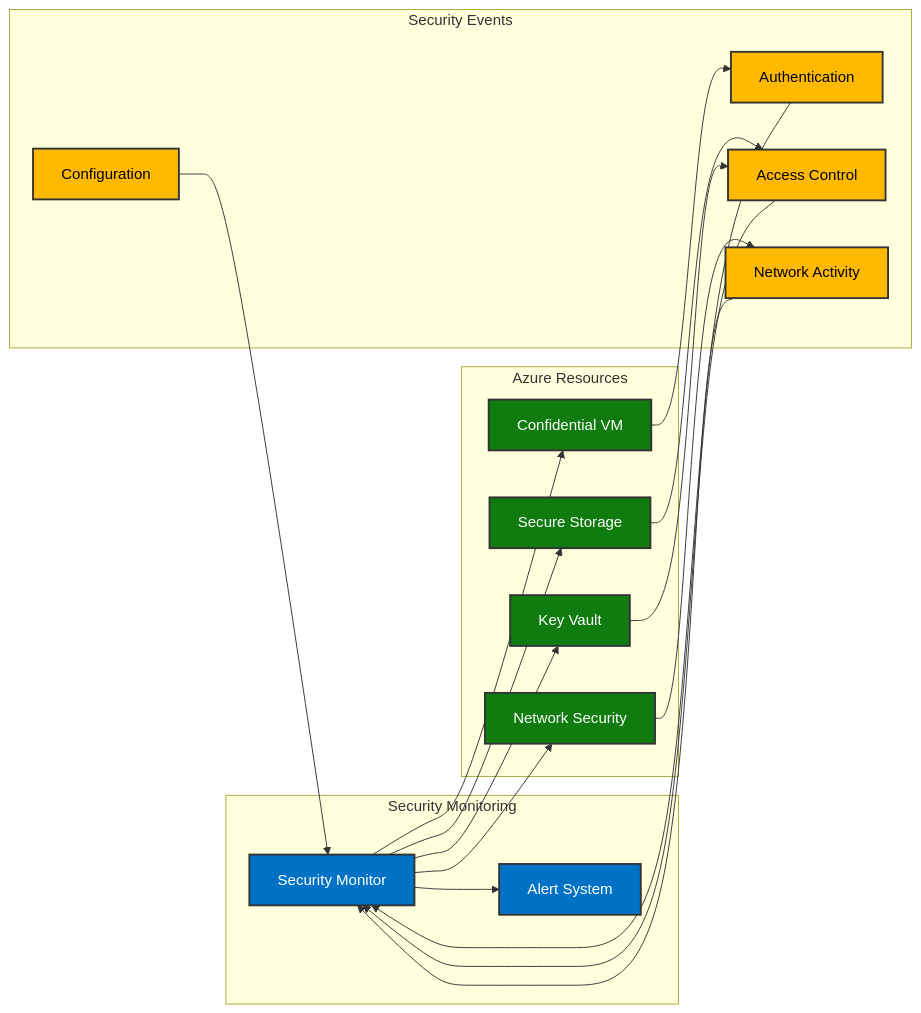
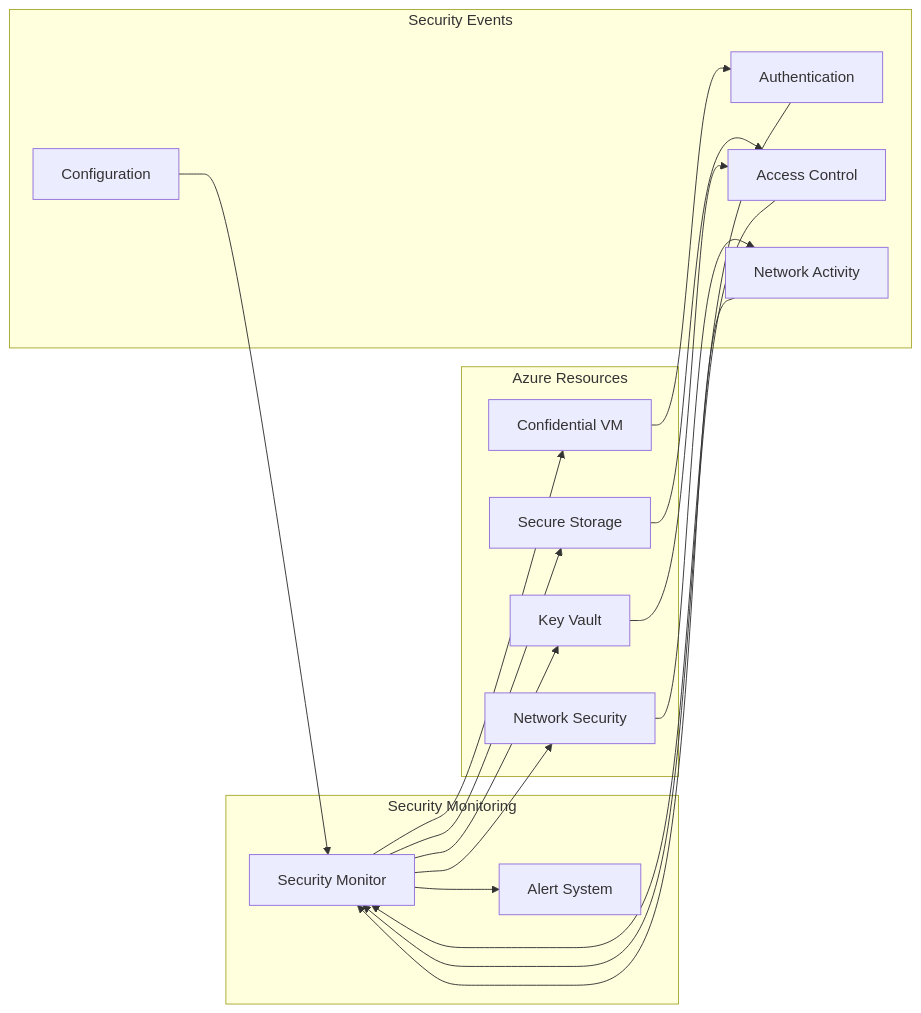
Before and after one commit to gitmujoshi/confidentialcomputingplatform: the diagram in docs/Implementation_Design.md, drawn with Mermaid. The commit also changed other lines of this file and 4 other files, not shown here.

Commit message:
updated diagrams

````diff
--- a/docs/Implementation_Design.md
+++ b/docs/Implementation_Design.md
@@ -249,46 +250,38 @@
 ```mermaid
 graph LR
-subgraph SecurityMonitoring["Security Monitoring"]
-Monitor[Security Monitor]
-Alert[Alert System]
-end
+    subgraph SecurityMonitoring["Security Monitoring"]
+        Monitor[Security Monitor]
+        Alert[Alert System]
+    end
 
-subgraph AzureResources["Azure Resources"]
-VM[Confidential VM]
-Storage[Secure Storage]
-KV[Key Vault]
-NSG[Network Security]
-end
+    subgraph AzureResources["Azure Resources"]
+        VM[Confidential VM]
+        Storage[Secure Storage]
+        KV[Key Vault]
+        NSG[Network Security]
+    end
 
-subgraph SecurityEvents["Security Events"]
-Auth[Authentication]
-Access[Access Control]
-Network[Network Activity]
-Config[Configuration]
-end
+    subgraph SecurityEvents["Security Events"]
+        Auth[Authentication]
+        Access[Access Control]
+        Network[Network Activity]
+        Config[Configuration]
+    end
 
-Monitor --> VM
-Monitor --> Storage
-Monitor --> KV
-Monitor --> NSG
+    Monitor --> VM
+    Monitor --> Storage
+    Monitor --> KV
+    Monitor --> NSG
 
-VM --> Auth
-Storage --> Access
-KV --> Access
-NSG --> Network
+    VM --> Auth
+    Storage --> Access
+    KV --> Access
+    NSG --> Network
 
-Auth --> Monitor
-Access --> Monitor
-Network --> Monitor
-Config --> Monitor
+    Auth --> Monitor
+    Access --> Monitor
+    Network --> Monitor
+    Config --> Monitor
 
-Monitor --> Alert
-
-classDef monitor fill:#0072C6,stroke:#333,stroke-width:2px,color:white
-classDef resource fill:#107C10,stroke:#333,stroke-width:2px,color:white
-classDef event fill:#FFB900,stroke:#333,stroke-width:2px,color:black
-
-class Monitor,Alert monitor
-class VM,Storage,KV,NSG resource
-class Auth,Access,Network,Config event
+    Monitor --> Alert
 ```
````
